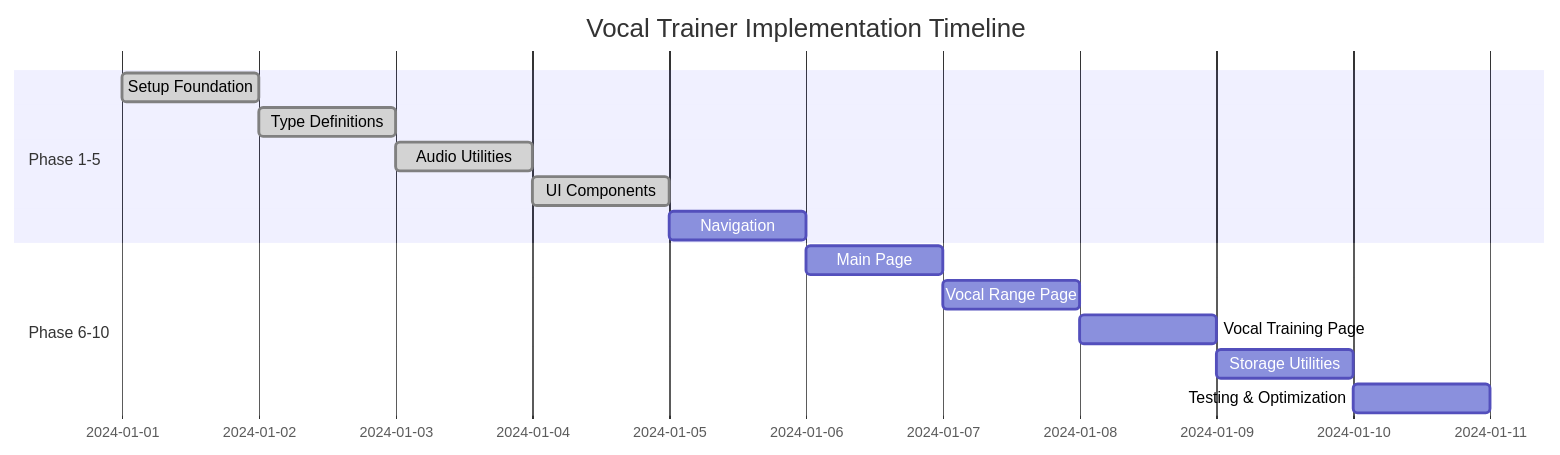
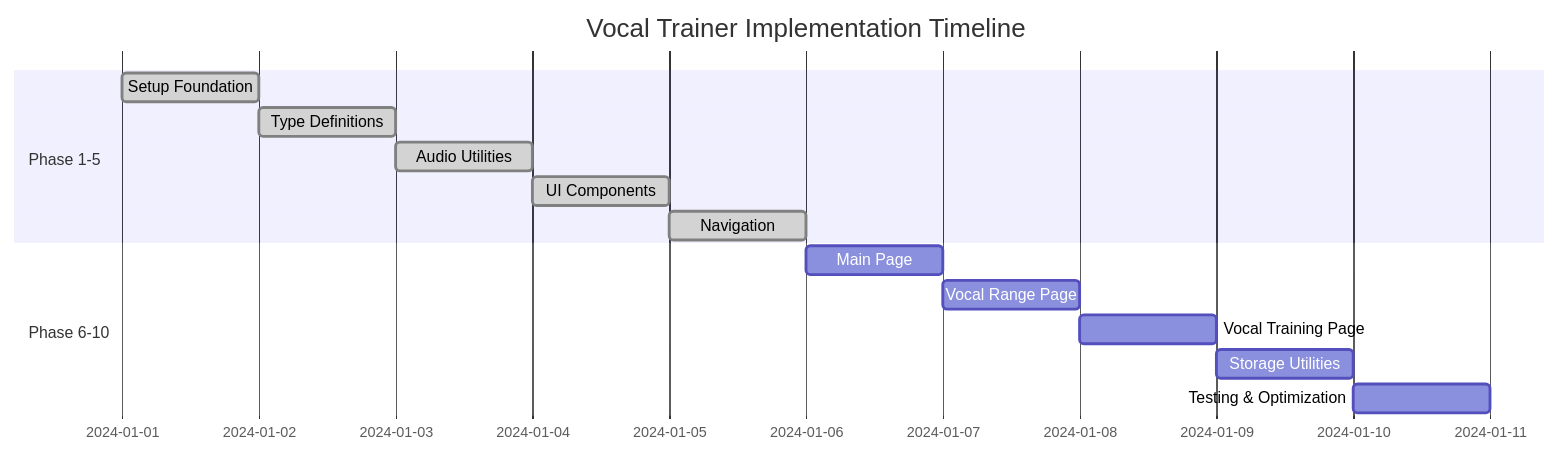
One commit to rayinailham/vocal-trainer changed the diagram in vocal-trainer-phase-plan.md. Above: the diagram before and after it, drawn with Mermaid. The commit also changed other lines of this file and 2 other files, not shown here.

````diff
--- a/vocal-trainer-phase-plan.md
+++ b/vocal-trainer-phase-plan.md
@@ -324,18 +324,18 @@
 ```mermaid
 gantt
     title Vocal Trainer Implementation Timeline
     dateFormat  YYYY-MM-DD
     section Phase 1-5
     Setup Foundation        :done, phase1, 2024-01-01, 1d
     Type Definitions        :done, phase2, after phase1, 1d
     Audio Utilities         :done, phase3, after phase2, 1d
     UI Components           :done, phase4, after phase3, 1d
-    Navigation              :phase5, after phase4, 1d
+    Navigation              :done, phase5, after phase4, 1d
     
     section Phase 6-10
     Main Page               :phase6, after phase5, 1d
     Vocal Range Page        :phase7, after phase6, 1d
     Vocal Training Page     :phase8, after phase7, 1d
     Storage Utilities       :phase9, after phase8, 1d
     Testing & Optimization  :phase10, after phase9, 1d
 ```
````
